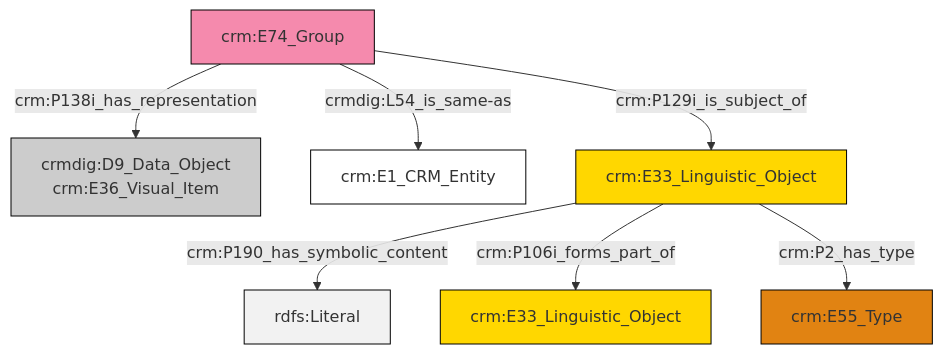
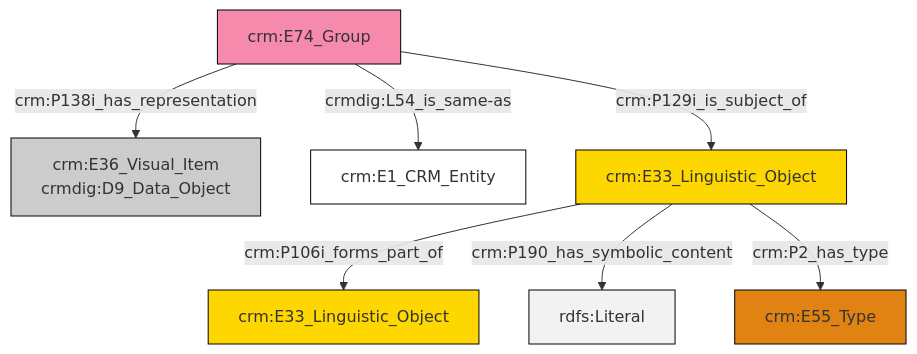
The diagram in et/groupCSV/ttl/mmd/group_documentation.ttl.mmd (swiss-art-research-net/reference-data-models), drawn with Mermaid before and after one commit. The commit also changed 122 other files, not shown here.

```diff
--- a/et/groupCSV/ttl/mmd/group_documentation.ttl.mmd
+++ b/et/groupCSV/ttl/mmd/group_documentation.ttl.mmd
@@ -1,21 +1,21 @@
 graph TD
 classDef Literal fill:#f2f2f2,stroke:#000000;
 classDef CRM_Entity fill:#FFFFFF,stroke:#000000;
 classDef Temporal_Entity fill:#00C9E6, stroke:#000000;
 classDef Type fill:#E18312, stroke:#000000;
 classDef Time-Span fill:#2C9C91, stroke:#000000;
 classDef Appellation fill:#FFEB7F, stroke:#000000;
 classDef Place fill:#008836, stroke:#000000;
 classDef Persistent_Item fill:#B266B2, stroke:#000000;
 classDef Conceptual_Object fill:#FFD700, stroke:#000000;
 classDef Physical_Thing fill:#D2B48C, stroke:#000000;
 classDef Actor fill:#f58aad, stroke:#000000;
 classDef PC_Classes fill:#4ce600, stroke:#000000;
 classDef Multi fill:#cccccc,stroke:#000000;
 
-2["crm:E74_Group"]:::Actor -->|crmdig:L54_is_same-as| 3["crm:E1_CRM_Entity"]:::CRM_Entity
-8["crm:E33_Linguistic_Object"]:::Conceptual_Object -->|crm:P190_has_symbolic_content| 9[rdfs:Literal]:::Literal
-8["crm:E33_Linguistic_Object"]:::Conceptual_Object -->|crm:P106i_forms_part_of| 5["crm:E33_Linguistic_Object"]:::Conceptual_Object
-8["crm:E33_Linguistic_Object"]:::Conceptual_Object -->|crm:P2_has_type| 11["crm:E55_Type"]:::Type
-2["crm:E74_Group"]:::Actor -->|crm:P138i_has_representation| 0["crmdig:D9_Data_Object<br>crm:E36_Visual_Item"]:::Multi
-2["crm:E74_Group"]:::Actor -->|crm:P129i_is_subject_of| 8["crm:E33_Linguistic_Object"]:::Conceptual_Object
+0["crm:E74_Group"]:::Actor -->|crm:P138i_has_representation| 2["crm:E36_Visual_Item<br>crmdig:D9_Data_Object"]:::Multi
+0["crm:E74_Group"]:::Actor -->|crmdig:L54_is_same-as| 3["crm:E1_CRM_Entity"]:::CRM_Entity
+6["crm:E33_Linguistic_Object"]:::Conceptual_Object -->|crm:P106i_forms_part_of| 7["crm:E33_Linguistic_Object"]:::Conceptual_Object
+6["crm:E33_Linguistic_Object"]:::Conceptual_Object -->|crm:P190_has_symbolic_content| 10[rdfs:Literal]:::Literal
+6["crm:E33_Linguistic_Object"]:::Conceptual_Object -->|crm:P2_has_type| 8["crm:E55_Type"]:::Type
+0["crm:E74_Group"]:::Actor -->|crm:P129i_is_subject_of| 6["crm:E33_Linguistic_Object"]:::Conceptual_Object
```
